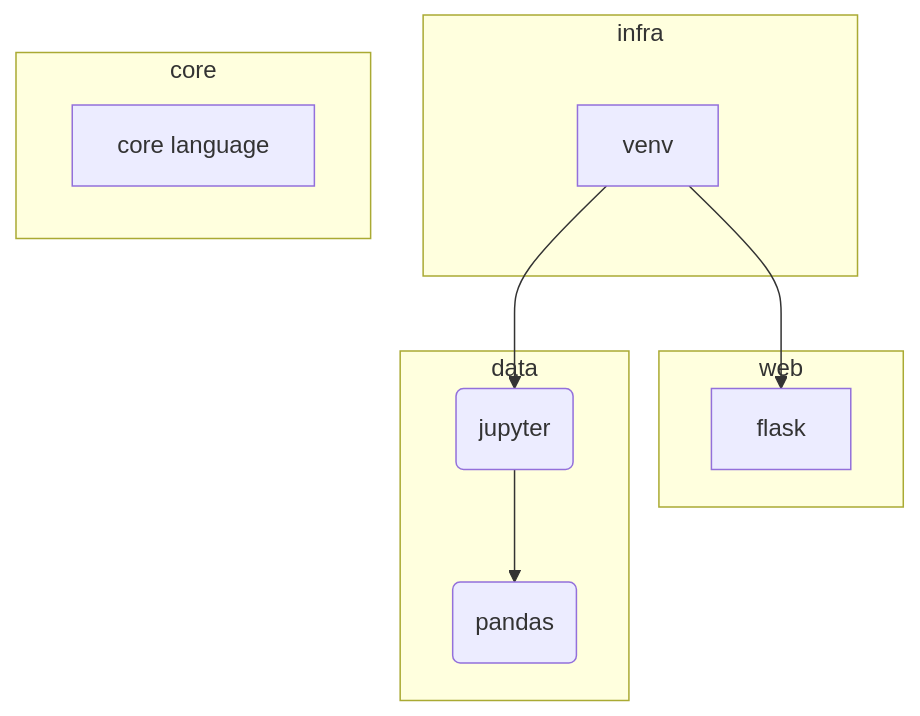
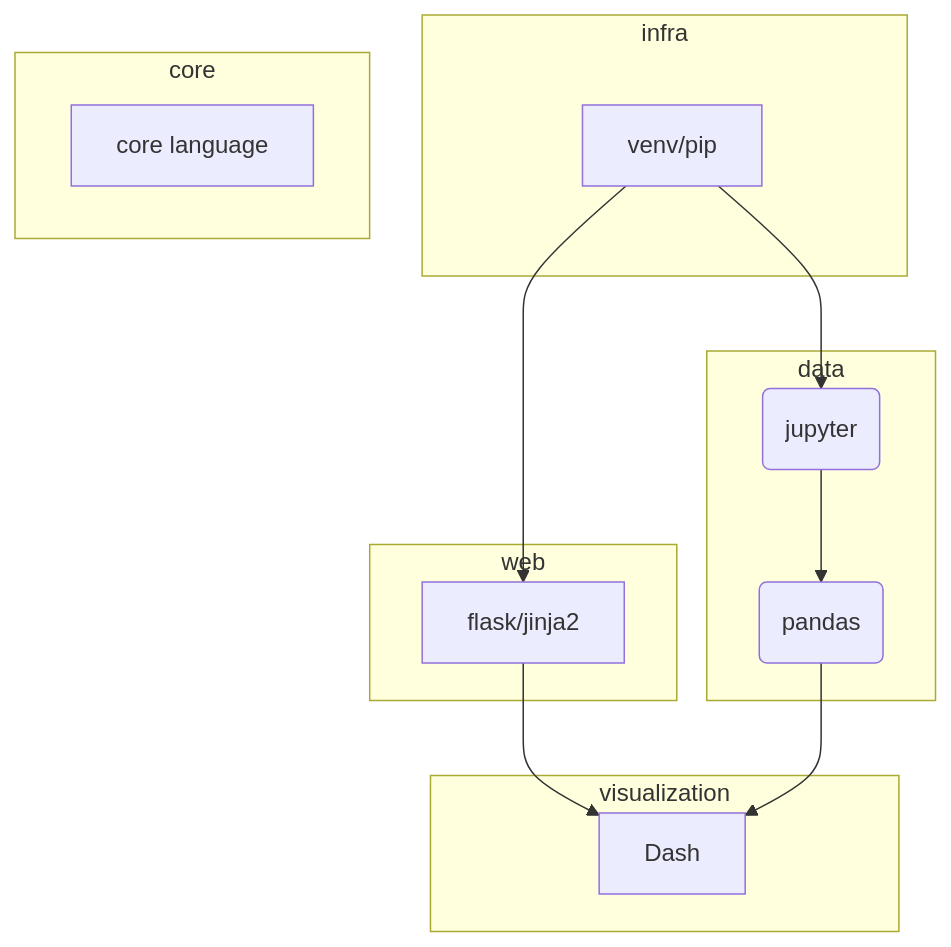
Before and after one commit to SGo-Go/learning: the first of 3 diagrams in docs/programming/python/README.md, drawn with Mermaid. The commit also changed other lines of this file and 5 other files, not shown here.

````diff
--- a/docs/programming/python/README.md
+++ b/docs/programming/python/README.md
@@ -9,23 +16,30 @@
 ```mermaid
 flowchart TD
 
 subgraph infra
-  venv
+  venv[venv/pip]
 end
 
 subgraph web
-  flask
+  flask[flask/jinja2]
 end
 
 subgraph data
   jupyter(jupyter)
   jupyter --> pandas(pandas)
+end
+
+subgraph visualization
+  dash[Dash]
 end
 
 subgraph core
   language[core language]
 end
 
 venv --> flask
 venv --> jupyter
+
+flask --> dash
+pandas --> dash 
 ```
````
